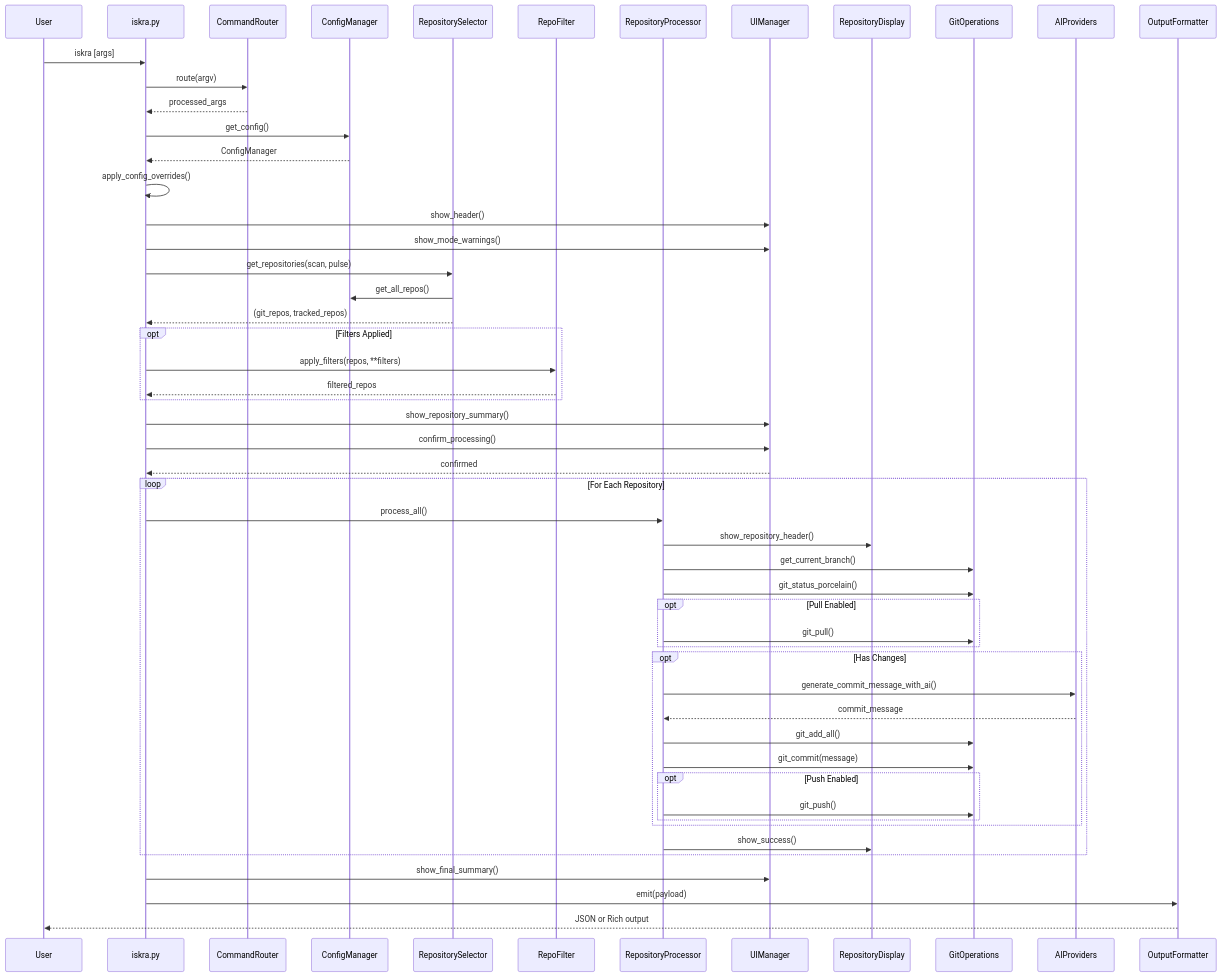
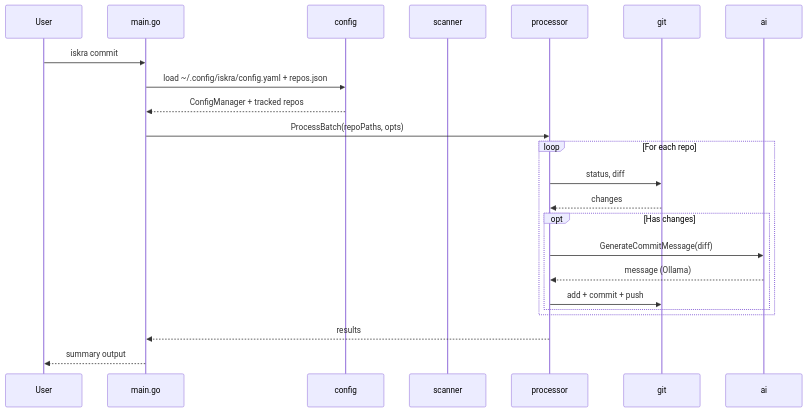
The third of 6 diagrams in docs/architecture.md (NoamFav/Iskra), drawn with Mermaid before and after one commit. The commit also changed other lines of this file and 2 other files, not shown here.

Commit message:
feat(main): complete rewrite from Python to pure Go, CI/Release, pulse subcommands

````diff
--- a/docs/architecture.md
+++ b/docs/architecture.md
@@ -517,68 +129,30 @@
 ```mermaid
 sequenceDiagram
     participant User
-    participant CLI as iskra.py
-    participant CR as CommandRouter
-    participant CM as ConfigManager
-    participant RS as RepositorySelector
-    participant RF as RepoFilter
-    participant RP as RepositoryProcessor
-    participant UI as UIManager
-    participant RD as RepositoryDisplay
-    participant GO as GitOperations
-    participant AI as AIProviders
-    participant OF as OutputFormatter
+    participant Main as main.go
+    participant Config as config
+    participant Scanner as scanner
+    participant Processor as processor
+    participant Git as git
+    participant AI as ai
 
-    User->>CLI: iskra [args]
-    CLI->>CR: route(argv)
-    CR-->>CLI: processed_args
+    User->>Main: iskra commit
+    Main->>Config: load ~/.config/iskra/config.yaml + repos.json
+    Config-->>Main: ConfigManager + tracked repos
 
-    CLI->>CM: get_config()
-    CM-->>CLI: ConfigManager
+    Main->>Processor: ProcessBatch(repoPaths, opts)
 
-    CLI->>CLI: apply_config_overrides()
+    loop For each repo
+        Processor->>Git: status, diff
+        Git-->>Processor: changes
 
-    CLI->>UI: show_header()
-    CLI->>UI: show_mode_warnings()
-
-    CLI->>RS: get_repositories(scan, pulse)
-    RS->>CM: get_all_repos()
-    RS-->>CLI: (git_repos, tracked_repos)
-
-    opt Filters Applied
-        CLI->>RF: apply_filters(repos, **filters)
-        RF-->>CLI: filtered_repos
+        opt Has changes
+            Processor->>AI: GenerateCommitMessage(diff)
+            AI-->>Processor: message (Ollama)
+            Processor->>Git: add + commit + push
+        end
     end
 
-    CLI->>UI: show_repository_summary()
-    CLI->>UI: confirm_processing()
-    UI-->>CLI: confirmed
-
-    loop For Each Repository
-        CLI->>RP: process_all()
-        RP->>RD: show_repository_header()
-        RP->>GO: get_current_branch()
-        RP->>GO: git_status_porcelain()
-
-        opt Pull Enabled
-            RP->>GO: git_pull()
-        end
-
-        opt Has Changes
-            RP->>AI: generate_commit_message_with_ai()
-            AI-->>RP: commit_message
-            RP->>GO: git_add_all()
-            RP->>GO: git_commit(message)
-
-            opt Push Enabled
-                RP->>GO: git_push()
-            end
-        end
-
-        RP->>RD: show_success()
-    end
-
-    CLI->>UI: show_final_summary()
-    CLI->>OF: emit(payload)
-    OF-->>User: JSON or Rich output
+    Processor-->>Main: results
+    Main-->>User: summary output
 ```
````
